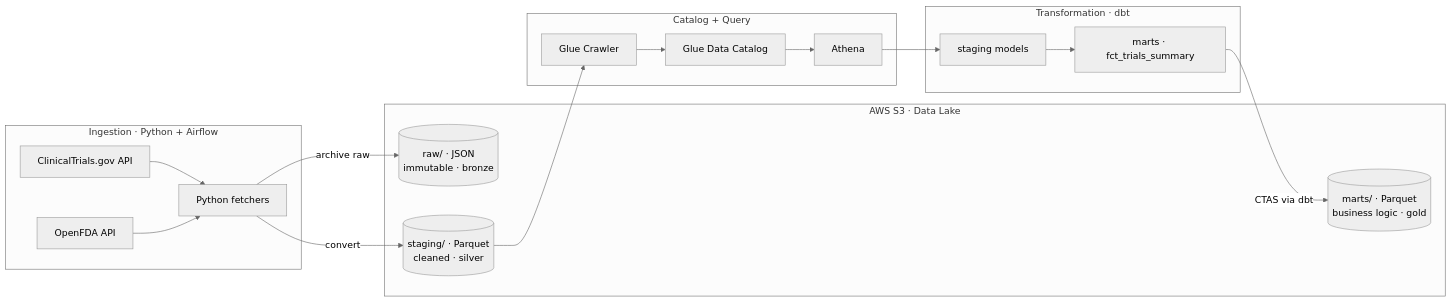
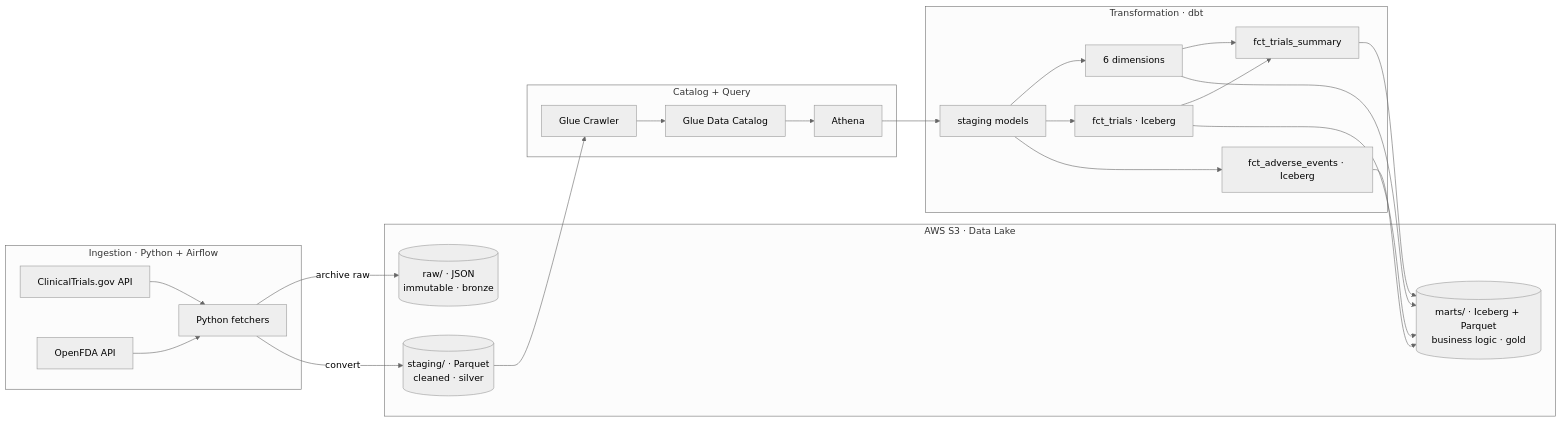
The diagram in README.md (omiliauskas/clinical-data-platform), drawn with Mermaid (neutral theme) before and after one commit. The commit also changed other lines of this file and 1 other file, not shown here.

Commit message:
docs: overhaul README to reflect Iceberg lakehouse and both star schemas

````diff
--- a/README.md
+++ b/README.md
@@ -11,34 +11,45 @@
 ```mermaid
 flowchart LR
     subgraph Ingestion["Ingestion · Python + Airflow"]
         API1[ClinicalTrials.gov API]
         API2[OpenFDA API]
         FET[Python fetchers]
         API1 --> FET
         API2 --> FET
     end
 
     subgraph Lake["AWS S3 · Data Lake"]
         RAW[("raw/ · JSON<br/>immutable · bronze")]
         STG[("staging/ · Parquet<br/>cleaned · silver")]
-        MART[("marts/ · Parquet<br/>business logic · gold")]
+        MART[("marts/ · Iceberg + Parquet<br/>business logic · gold")]
     end
 
     FET -->|archive raw| RAW
     FET -->|convert| STG
 
     subgraph Query["Catalog + Query"]
         CRAWL[Glue Crawler]
         CAT[Glue Data Catalog]
         ATH[Athena]
         STG --> CRAWL --> CAT --> ATH
     end
 
     subgraph Transform["Transformation · dbt"]
         DSTG[staging models]
-        DMART[marts · fct_trials_summary]
-        ATH --> DSTG --> DMART
+        DIMS[6 dimensions]
+        FCT1[fct_trials · Iceberg]
+        FCT2[fct_adverse_events · Iceberg]
+        AGG[fct_trials_summary]
+        ATH --> DSTG
+        DSTG --> DIMS
+        DSTG --> FCT1
+        DSTG --> FCT2
+        FCT1 --> AGG
+        DIMS --> AGG
     end
 
-    DMART -->|CTAS via dbt| MART
+    DIMS --> MART
+    FCT1 --> MART
+    FCT2 --> MART
+    AGG --> MART
 ```
````
